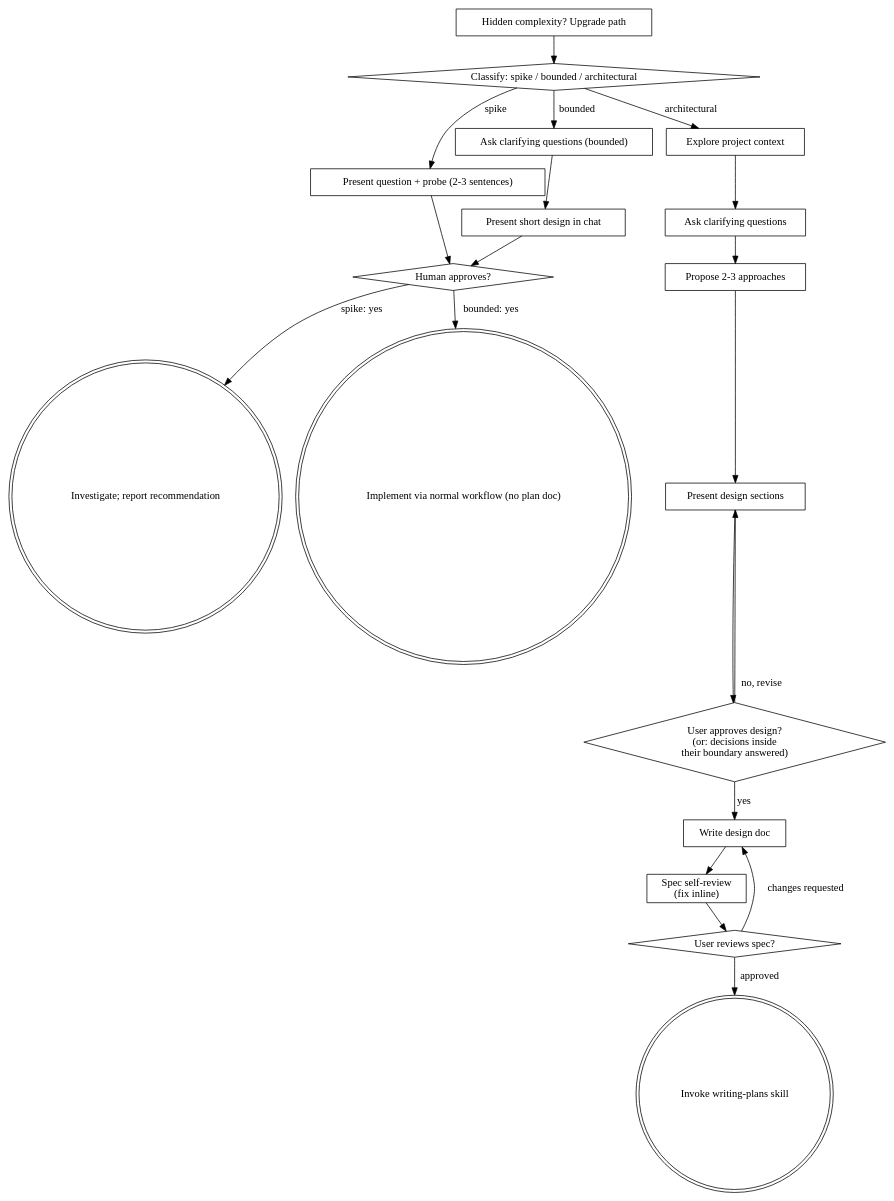
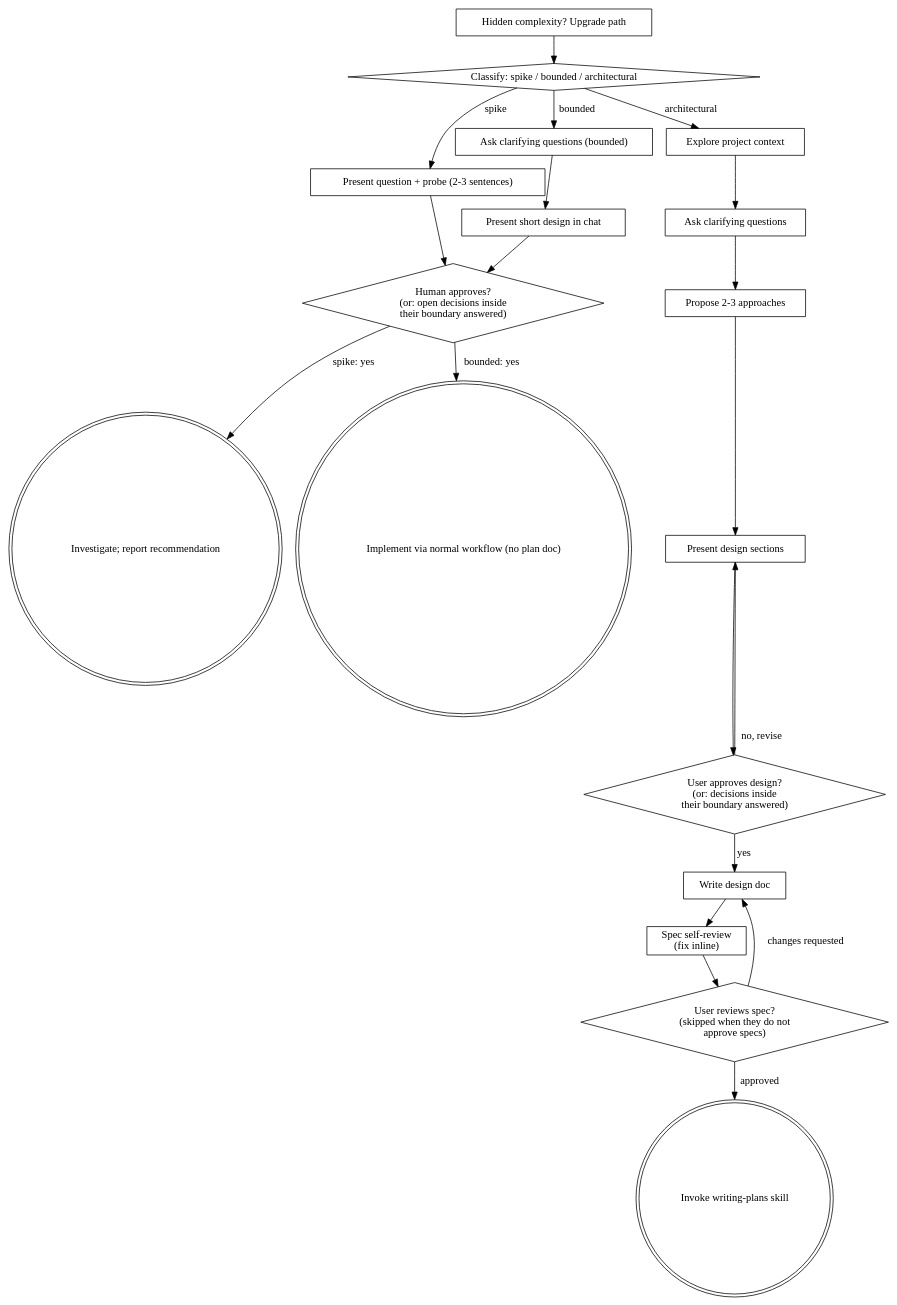
The diagram in skills/brainstorming/SKILL.md (alkontv/superpowers), drawn with Graphviz before and after one commit. The commit also changed other lines of this file and 7 other files, not shown here.

````diff
--- a/skills/brainstorming/SKILL.md
+++ b/skills/brainstorming/SKILL.md
@@ -177,41 +181,41 @@
 ```dot
 digraph brainstorming {
     "Classify: spike / bounded / architectural" [shape=diamond];
     "Present question + probe (2-3 sentences)" [shape=box];
     "Ask clarifying questions (bounded)" [shape=box];
     "Present short design in chat" [shape=box];
-    "Human approves?" [shape=diamond];
+    "Human approves?" [shape=diamond, label="Human approves?\n(or: open decisions inside\ntheir boundary answered)"];
     "Investigate; report recommendation" [shape=doublecircle];
     "Implement via normal workflow (no plan doc)" [shape=doublecircle];
     "Explore project context" [shape=box];
     "Ask clarifying questions" [shape=box];
     "Propose 2-3 approaches" [shape=box];
     "Present design sections" [shape=box];
     "User approves design?" [shape=diamond, label="User approves design?\n(or: decisions inside\ntheir boundary answered)"];
     "Write design doc" [shape=box];
     "Spec self-review\n(fix inline)" [shape=box];
-    "User reviews spec?" [shape=diamond];
+    "User reviews spec?" [shape=diamond, label="User reviews spec?\n(skipped when they do not\napprove specs)"];
     "Invoke writing-plans skill" [shape=doublecircle];
     "Hidden complexity? Upgrade path" [shape=box];
 
     "Classify: spike / bounded / architectural" -> "Present question + probe (2-3 sentences)" [label="spike"];
     "Classify: spike / bounded / architectural" -> "Ask clarifying questions (bounded)" [label="bounded"];
     "Classify: spike / bounded / architectural" -> "Explore project context" [label="architectural"];
     "Present question + probe (2-3 sentences)" -> "Human approves?";
     "Ask clarifying questions (bounded)" -> "Present short design in chat";
     "Present short design in chat" -> "Human approves?";
     "Human approves?" -> "Investigate; report recommendation" [label="spike: yes"];
     "Human approves?" -> "Implement via normal workflow (no plan doc)" [label="bounded: yes"];
     "Hidden complexity? Upgrade path" -> "Classify: spike / bounded / architectural";
     "Explore project context" -> "Ask clarifying questions";
     "Ask clarifying questions" -> "Propose 2-3 approaches";
     "Propose 2-3 approaches" -> "Present design sections";
     "Present design sections" -> "User approves design?";
     "User approves design?" -> "Present design sections" [label="no, revise"];
     "User approves design?" -> "Write design doc" [label="yes"];
     "Write design doc" -> "Spec self-review\n(fix inline)";
     "Spec self-review\n(fix inline)" -> "User reviews spec?";
     "User reviews spec?" -> "Write design doc" [label="changes requested"];
     "User reviews spec?" -> "Invoke writing-plans skill" [label="approved"];
 }
 ```
````
